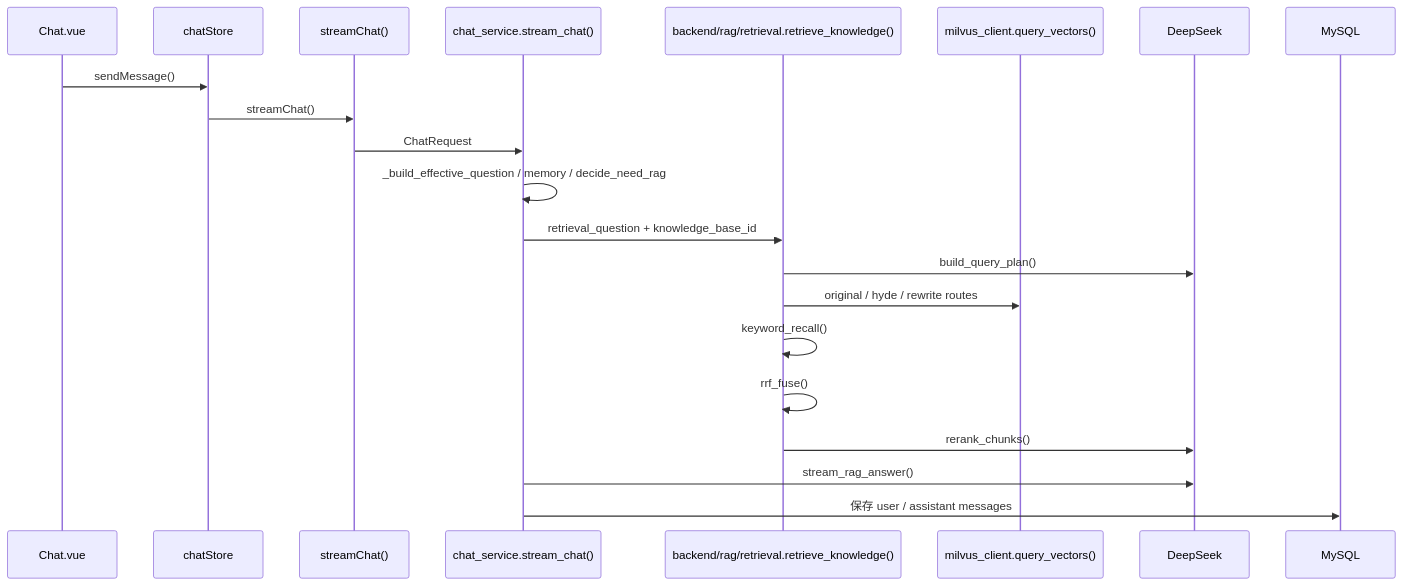
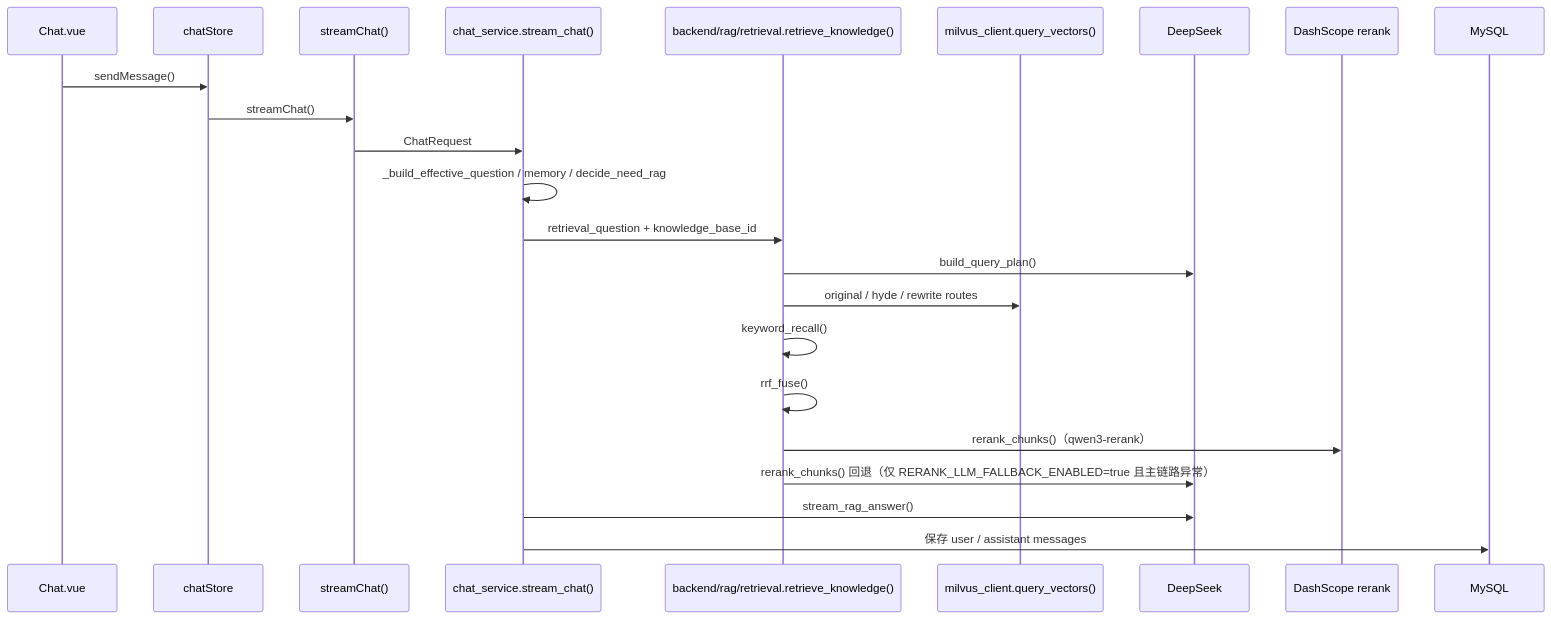
Before and after one commit to baiye-banned/Agent_about_answer: the eighth of 10 diagrams in docs/PROJECT_CODE_READING_ROADMAP.md, drawn with Mermaid. The commit also changed 1 other file, not shown here.

Commit message:
docs(rerank): tighten fallback wording and fix roadmap sequence diagram
Review follow-ups on the rerank chain correction:

- The fallback trigger reads "主链路异常" rather than "DashScope 异常":
  the guard also fires when RERANK_API_KEY is missing or the response is
  empty/malformed, i.e. before or without a usable DashScope answer.
- The reading-roadmap sequence diagram still showed rerank_chunks() as a
  DeepSeek call. It now targets a DashScope rerank participant, with the
  DeepSeek fallback kept as a separately qualified line.

Refs #74

````diff
--- a/docs/PROJECT_CODE_READING_ROADMAP.md
+++ b/docs/PROJECT_CODE_READING_ROADMAP.md
@@ -482,24 +482,26 @@
 ```mermaid
 sequenceDiagram
   participant C as Chat.vue
   participant Store as chatStore
   participant API as streamChat()
   participant B as chat_service.stream_chat()
   participant R as backend/rag/retrieval.retrieve_knowledge()
   participant V as milvus_client.query_vectors()
   participant L as DeepSeek
+  participant P as DashScope rerank
   participant DB as MySQL
 
   C->>Store: sendMessage()
   Store->>API: streamChat()
   API->>B: ChatRequest
   B->>B: _build_effective_question / memory / decide_need_rag
   B->>R: retrieval_question + knowledge_base_id
   R->>L: build_query_plan()
   R->>V: original / hyde / rewrite routes
   R->>R: keyword_recall()
   R->>R: rrf_fuse()
-  R->>L: rerank_chunks()
+  R->>P: rerank_chunks()（qwen3-rerank）
+  R->>L: rerank_chunks() 回退（仅 RERANK_LLM_FALLBACK_ENABLED=true 且主链路异常）
   B->>L: stream_rag_answer()
   B->>DB: 保存 user / assistant messages
 ```
````
